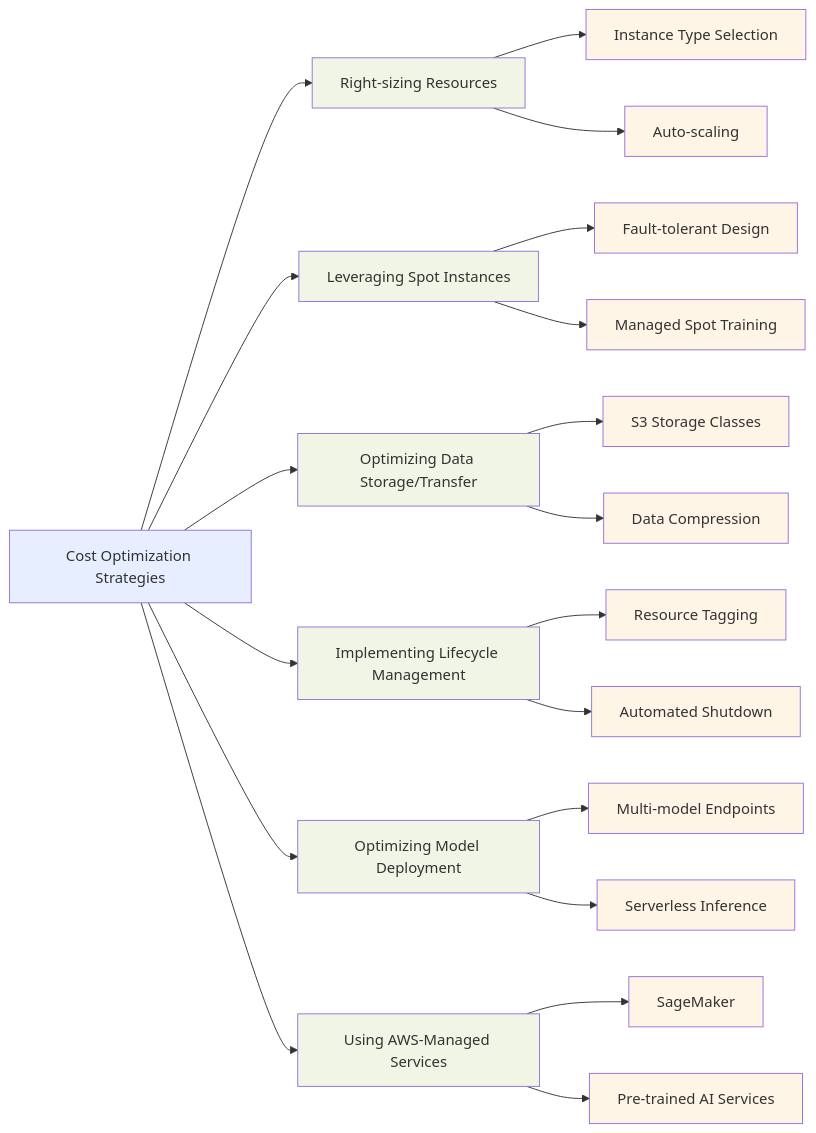
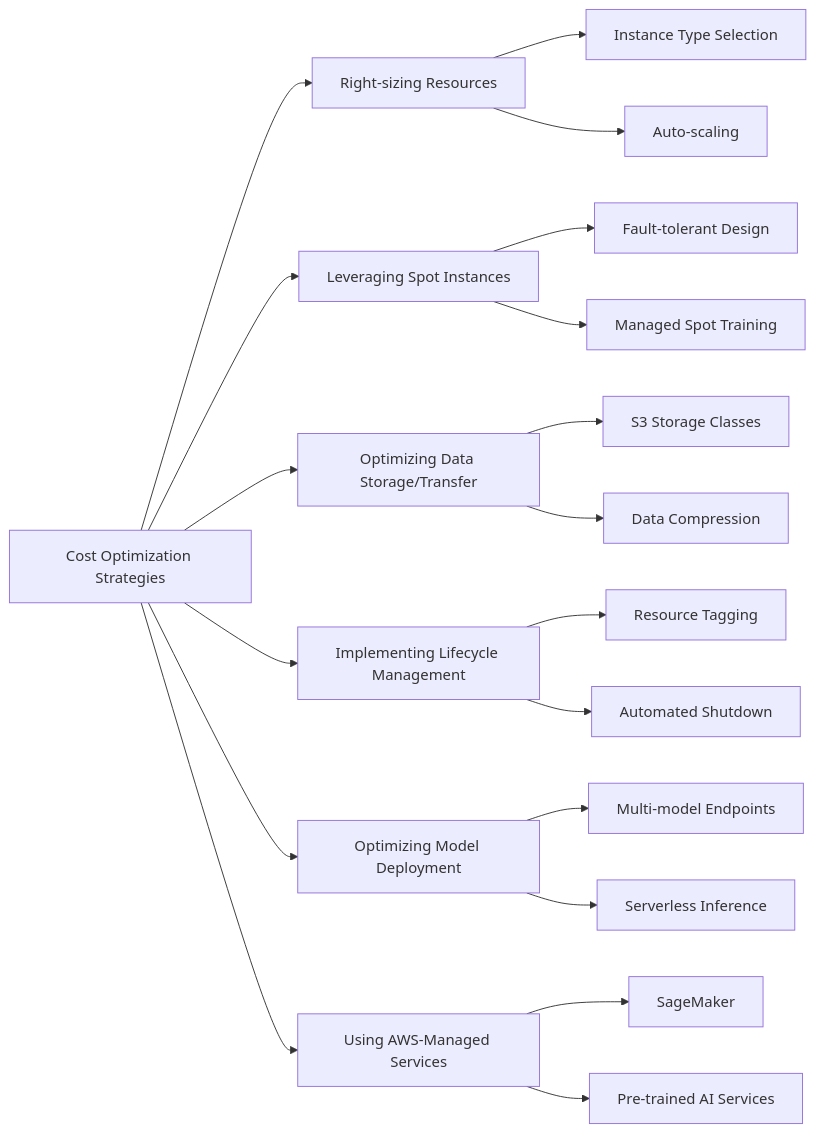
Before and after one commit to CloudCityPress/aws-aif-c01: the third of 5 diagrams in english/60_20_AWS Pricing and Cost Optimization for AI.md, drawn with Mermaid. The commit also changed other lines of this file and 16 other files, not shown here.

Commit message:
updating Mermaids

````diff
--- a/english/60_20_AWS Pricing and Cost Optimization for AI.md
+++ b/english/60_20_AWS Pricing and Cost Optimization for AI.md
@@ -145,40 +132,21 @@
 ```mermaid
 flowchart LR
     A[Cost Optimization Strategies] --> B[Right-sizing Resources]
     A --> C[Leveraging Spot Instances]
     A --> D[Optimizing Data Storage/Transfer]
     A --> E[Implementing Lifecycle Management]
     A --> F[Optimizing Model Deployment]
     A --> G[Using AWS-Managed Services]
     B --> H[Instance Type Selection]
     B --> I[Auto-scaling]
     C --> J[Fault-tolerant Design]
     C --> K[Managed Spot Training]
     D --> L[S3 Storage Classes]
     D --> M[Data Compression]
     E --> N[Resource Tagging]
     E --> O[Automated Shutdown]
     F --> P[Multi-model Endpoints]
     F --> Q[Serverless Inference]
     G --> R[SageMaker]
     G --> S[Pre-trained AI Services]
-    style A fill:#e6eeff
-    style B fill:#f0f5e6
-    style C fill:#f0f5e6
-    style D fill:#f0f5e6
-    style E fill:#f0f5e6
-    style F fill:#f0f5e6
-    style G fill:#f0f5e6
-    style H fill:#fff5e6
-    style I fill:#fff5e6
-    style J fill:#fff5e6
-    style K fill:#fff5e6
-    style L fill:#fff5e6
-    style M fill:#fff5e6
-    style N fill:#fff5e6
-    style O fill:#fff5e6
-    style P fill:#fff5e6
-    style Q fill:#fff5e6
-    style R fill:#fff5e6
-    style S fill:#fff5e6
 ```
````
